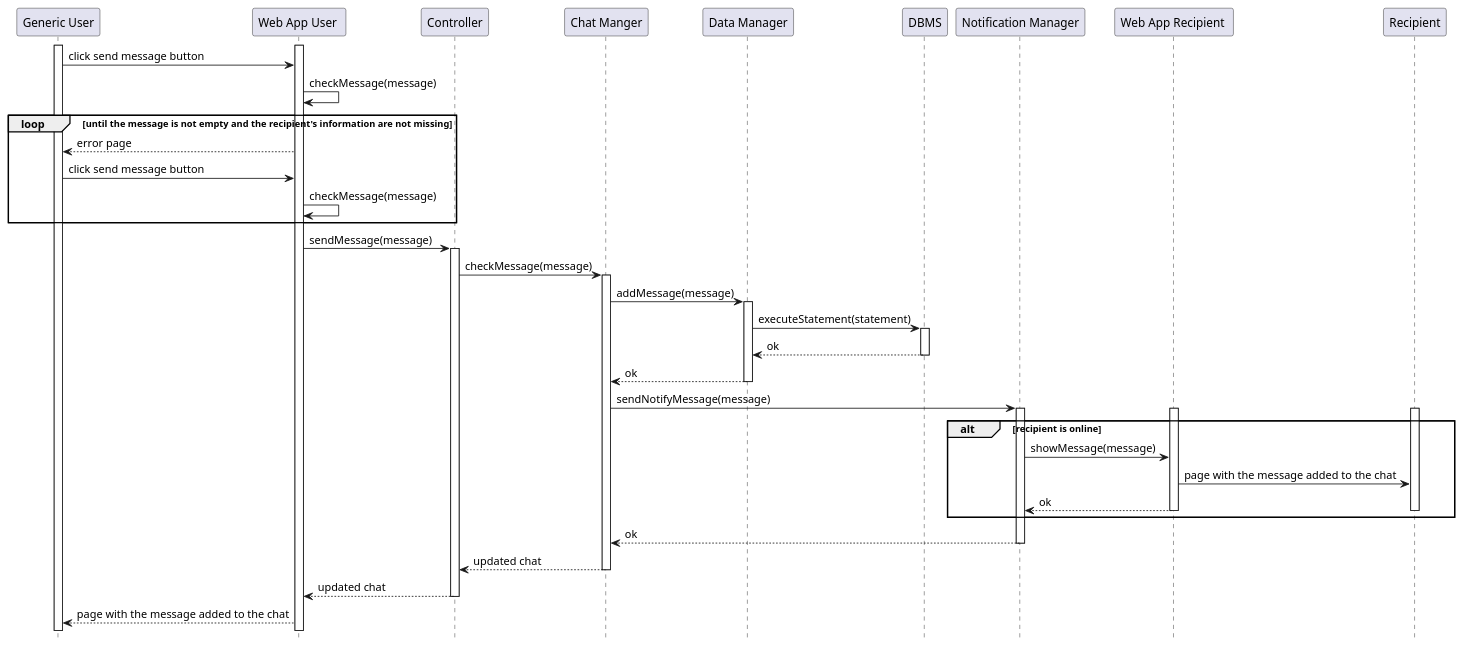
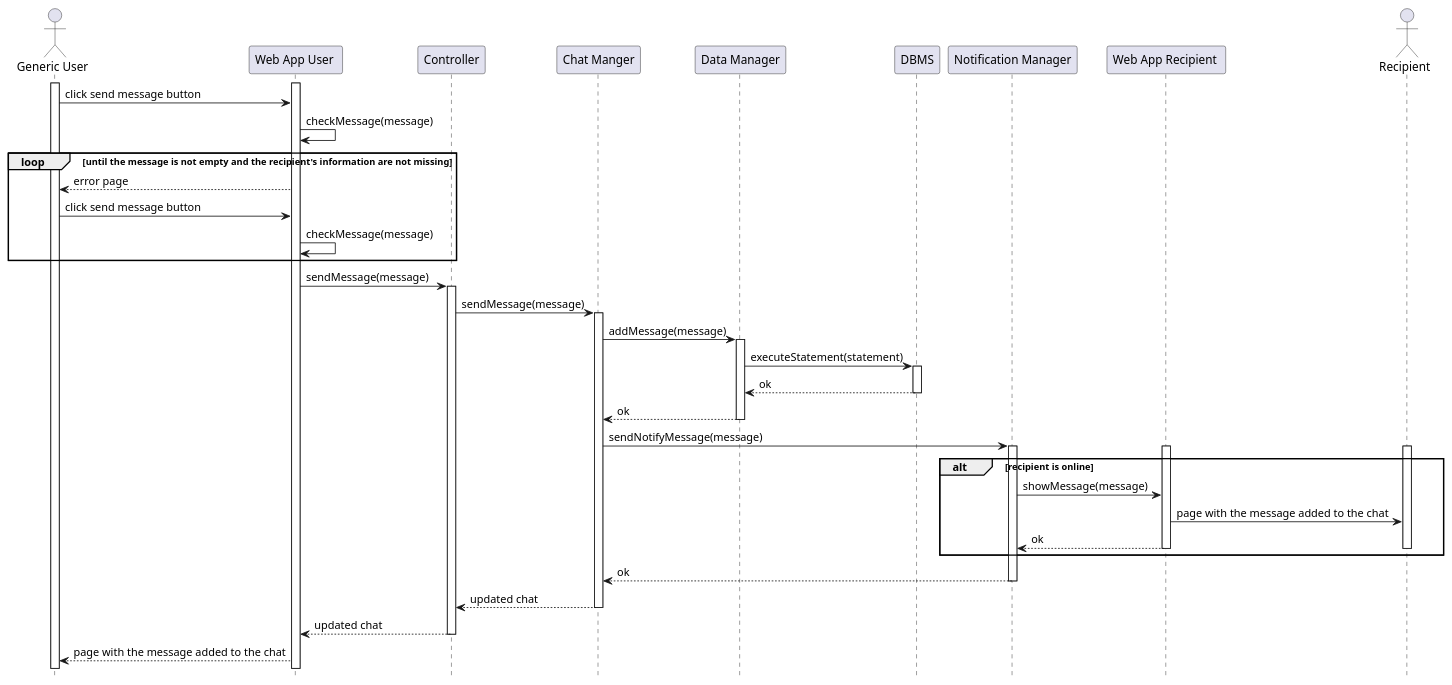
One commit to matti8702/R_and_DD_project_SE2 changed the diagram in DD/Architectural_design/uml_diagrams/RV23.puml. Above: the diagram before and after it, drawn with PlantUML. The commit also changed 9 other files, not shown here.

```diff
--- a/DD/Architectural_design/uml_diagrams/RV23.puml
+++ b/DD/Architectural_design/uml_diagrams/RV23.puml
@@ -1,54 +1,54 @@
 @startuml RV23
 hide footbox
 
-participant "Generic User" as U
+actor "Generic User" as U
 participant "Web App User " AS WAU
 participant "Controller" as C
 participant "Chat Manger" as CHM
 participant "Data Manager" as DM
 participant "DBMS" as DB
 participant "Notification Manager" as NM
 participant "Web App Recipient " AS WAR
-participant "Recipient"    as R
+actor "Recipient"    as R
 
 activate U
 activate WAU
 
 U -> WAU   : click send message button
 WAU -> WAU : checkMessage(message)
 loop until the message is not empty and the recipient's information are not missing
     WAU --> U : error page
     U -> WAU   : click send message button
     WAU -> WAU : checkMessage(message)
 end
 WAU -> C  : sendMessage(message)
 activate C
-C -> CHM   : checkMessage(message)
+C -> CHM   : sendMessage(message)
 activate CHM
 CHM -> DM  : addMessage(message)
 activate DM
 DM ->  DB : executeStatement(statement)
 activate DB
 DB --> DM : ok
 deactivate DB
 DM --> CHM : ok
 deactivate DM
 CHM -> NM  : sendNotifyMessage(message)
 activate NM
 alt recipient is online
     activate WAR
     activate R
     NM -> WAR : showMessage(message)
     WAR -> R  : page with the message added to the chat
     WAR --> NM : ok
     deactivate WAR
     deactivate R
 end
 NM --> CHM : ok
 deactivate NM
 CHM --> C  : updated chat
 deactivate CHM
 C --> WAU  : updated chat
 deactivate C
 WAU --> U  : page with the message added to the chat
 @enduml
```
